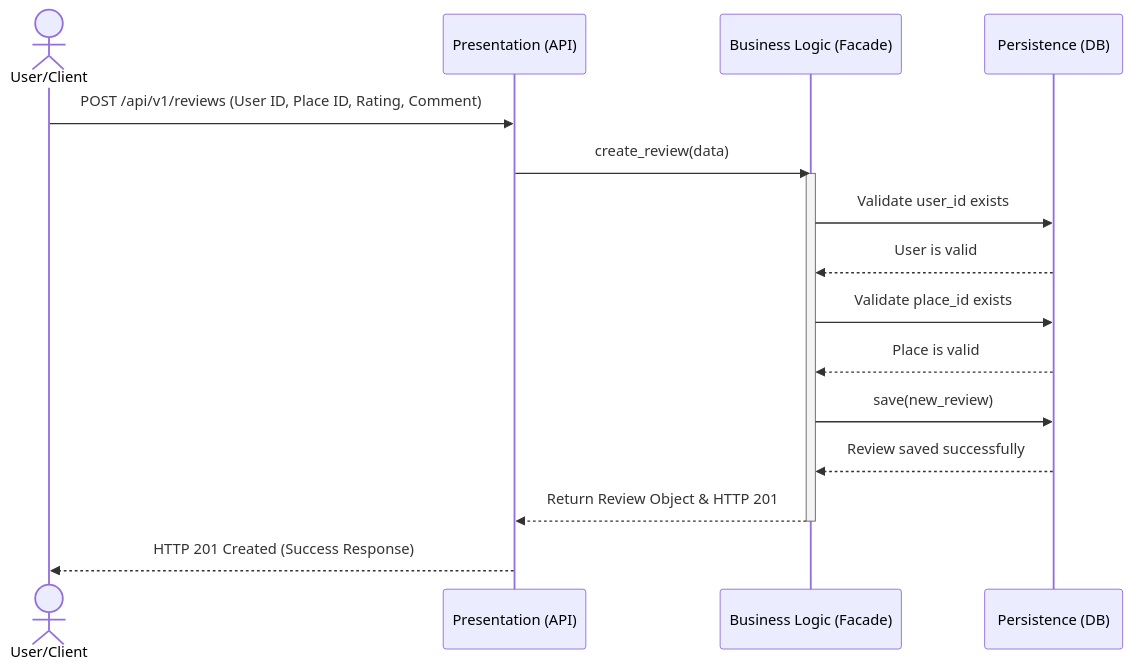
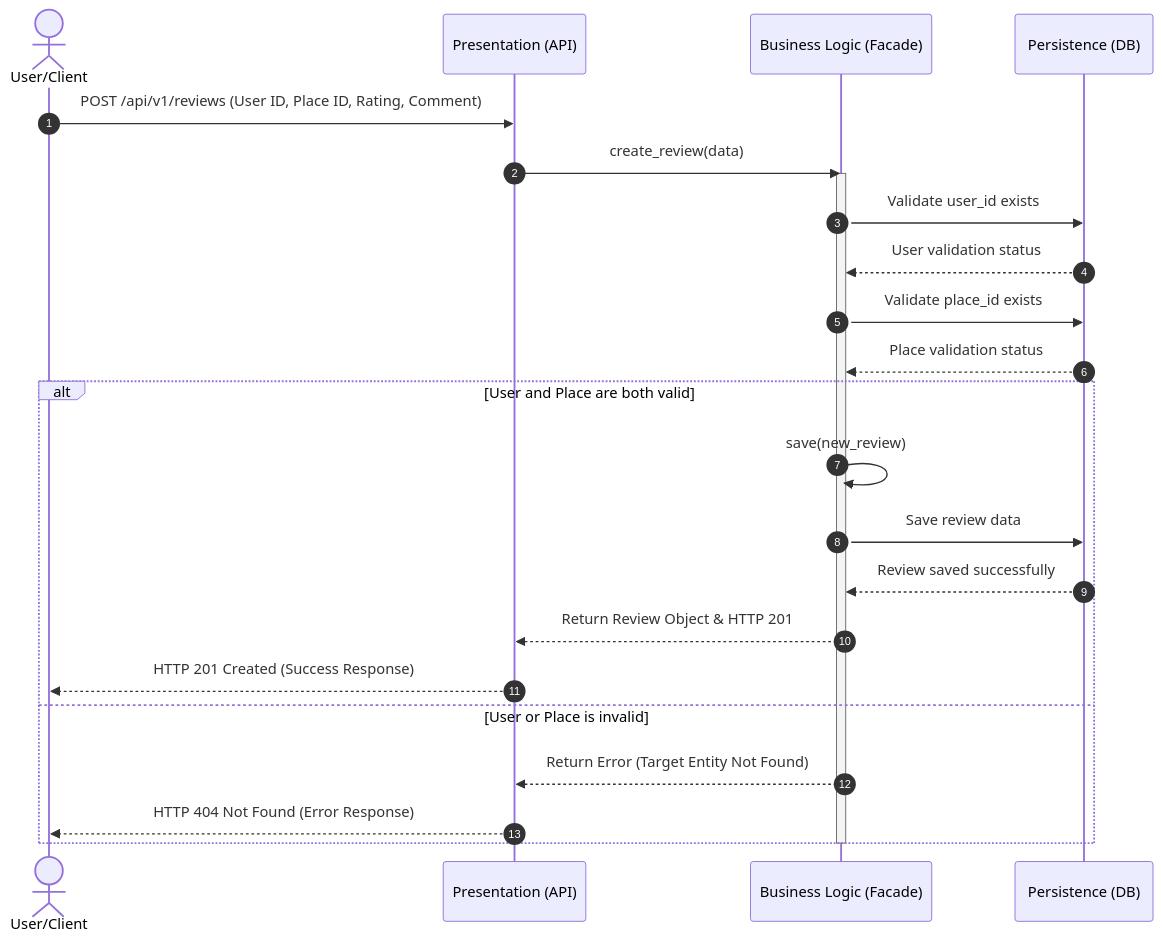
The third of 4 diagrams in part1/sequence_diagrams.md (areej-alghamdi/holbertonschool-hbnb), drawn with Mermaid before and after one commit. The commit also changed other lines of this file, not shown here.

Commit message:
Add detailed sequence diagrams for HBnB

````diff
--- a/part1/sequence_diagrams.md
+++ b/part1/sequence_diagrams.md
@@ -54,20 +62,28 @@
 ```mermaid
 sequenceDiagram
-    actor Client as User/Client
+    autonumber
+    actor User as User/Client
     participant API as Presentation (API)
-    participant Facade as Business Logic (Facade)
+    participant BL as Business Logic (Facade)
     participant DB as Persistence (DB)
 
-    Client->>API: POST /api/v1/reviews (User ID, Place ID, Rating, Comment)
-    API->>Facade: create_review(data)
-    activate Facade
-    Facade->>DB: Validate user_id exists
-    DB-->>Facade: User is valid
-    Facade->>DB: Validate place_id exists
-    DB-->>Facade: Place is valid
-    Facade->>DB: save(new_review)
-    DB-->>Facade: Review saved successfully
-    Facade-->>API: Return Review Object & HTTP 201
-    deactivate Facade
-    API-->>Client: HTTP 201 Created (Success Response)
+    User->>API: POST /api/v1/reviews (User ID, Place ID, Rating, Comment)
+    API->>BL: create_review(data)
+    activate BL
+    BL->>DB: Validate user_id exists
+    DB-->>BL: User validation status
+    BL->>DB: Validate place_id exists
+    DB-->>BL: Place validation status
+
+    alt User and Place are both valid
+        BL->>BL: save(new_review)
+        BL->>DB: Save review data
+        DB-->>BL: Review saved successfully
+        BL-->>API: Return Review Object & HTTP 201
+        API-->>User: HTTP 201 Created (Success Response)
+    else User or Place is invalid
+        BL-->>API: Return Error (Target Entity Not Found)
+        API-->>User: HTTP 404 Not Found (Error Response)
+    end
+    deactivate BL
 ```
````
